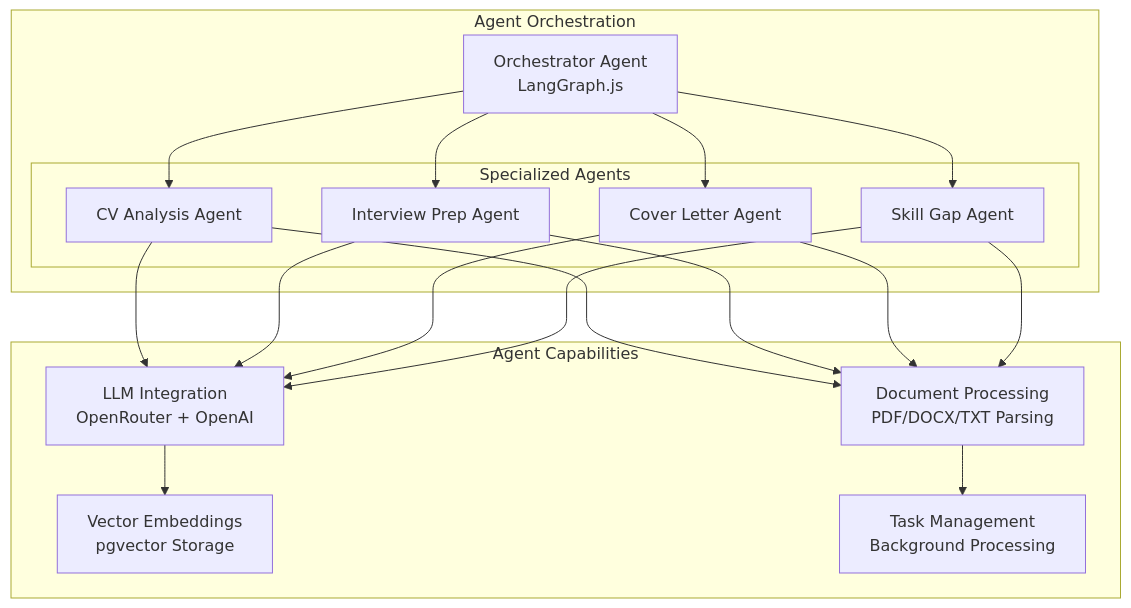
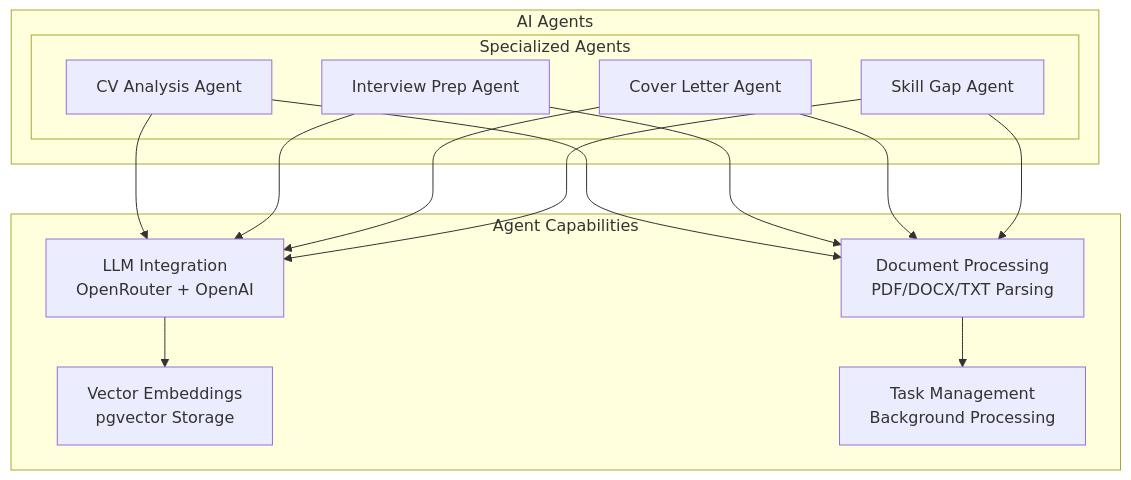
The third of 13 diagrams in docs/architecture/system-overview.md (Ethanlam123/ai-job-hunt-agent), drawn with Mermaid before and after one commit. The commit also changed other lines of this file and 11 other files, not shown here.

````diff
--- a/docs/architecture/system-overview.md
+++ b/docs/architecture/system-overview.md
@@ -97,38 +97,31 @@
 ```mermaid
 graph TB
-    subgraph "Agent Orchestration"
-        Orchestrator["Orchestrator Agent<br/>LangGraph.js"]
-
+    subgraph "AI Agents"
         subgraph "Specialized Agents"
             CVAgent[CV Analysis Agent]
             InterviewAgent[Interview Prep Agent]
             CoverLetterAgent[Cover Letter Agent]
             SkillGapAgent[Skill Gap Agent]
         end
     end
 
     subgraph "Agent Capabilities"
         DocumentProcessing["Document Processing<br/>PDF/DOCX/TXT Parsing"]
         LLMIntegration["LLM Integration<br/>OpenRouter + OpenAI"]
         VectorEmbeddings["Vector Embeddings<br/>pgvector Storage"]
         TaskManagement["Task Management<br/>Background Processing"]
     end
 
-    Orchestrator --> CVAgent
-    Orchestrator --> InterviewAgent
-    Orchestrator --> CoverLetterAgent
-    Orchestrator --> SkillGapAgent
-
     CVAgent --> DocumentProcessing
     InterviewAgent --> DocumentProcessing
     CoverLetterAgent --> DocumentProcessing
     SkillGapAgent --> DocumentProcessing
 
     CVAgent --> LLMIntegration
     InterviewAgent --> LLMIntegration
     CoverLetterAgent --> LLMIntegration
     SkillGapAgent --> LLMIntegration
 
     LLMIntegration --> VectorEmbeddings
     DocumentProcessing --> TaskManagement
 ```
````
